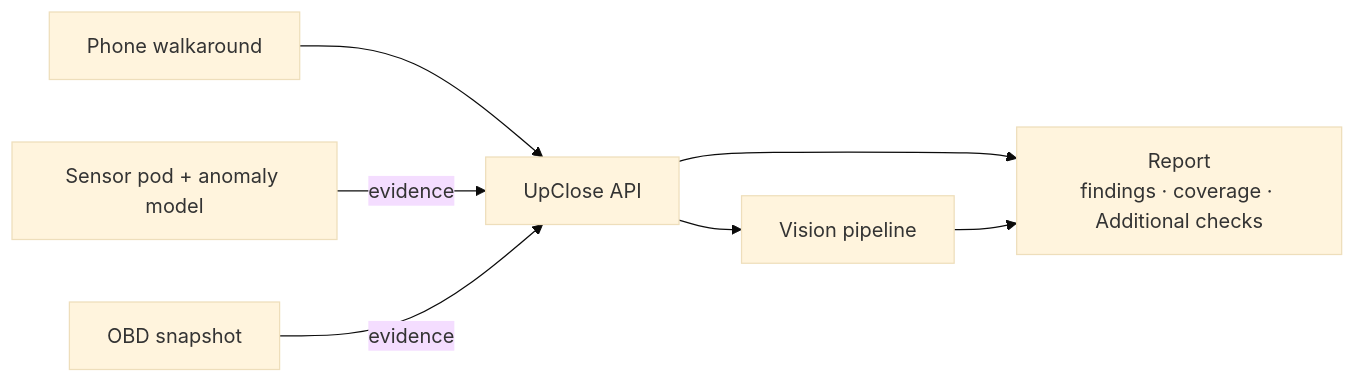
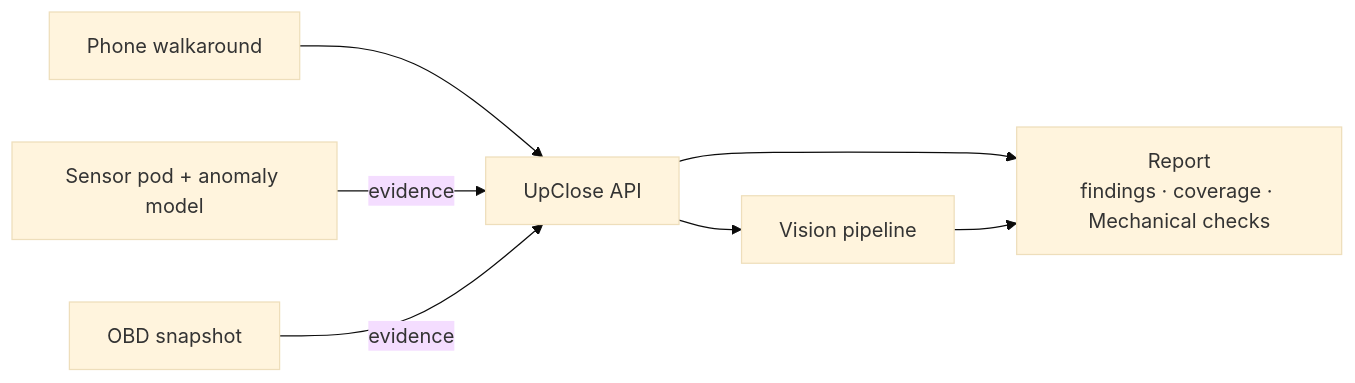
The diagram in README.md (ishaq88/Upclose-mono), drawn with Mermaid (base theme) before and after one commit. The commit also changed 61 other files, not shown here.

Commit message:
Score visual and mechanical categories, read dashboard warning lights, and show the briefing in the report

````diff
--- a/README.md
+++ b/README.md
@@ -14,9 +14,9 @@
 ```mermaid
 flowchart LR
     Phone["Phone walkaround"] --> API
     Pod["Sensor pod + anomaly model"] -->|evidence| API
     OBD["OBD snapshot"] -->|evidence| API
     API["UpClose API"] --> Pipe["Vision pipeline"]
-    API --> Report["Report<br/>findings · coverage · Additional checks"]
+    API --> Report["Report<br/>findings · coverage · Mechanical checks"]
     Pipe --> Report
 ```
````
